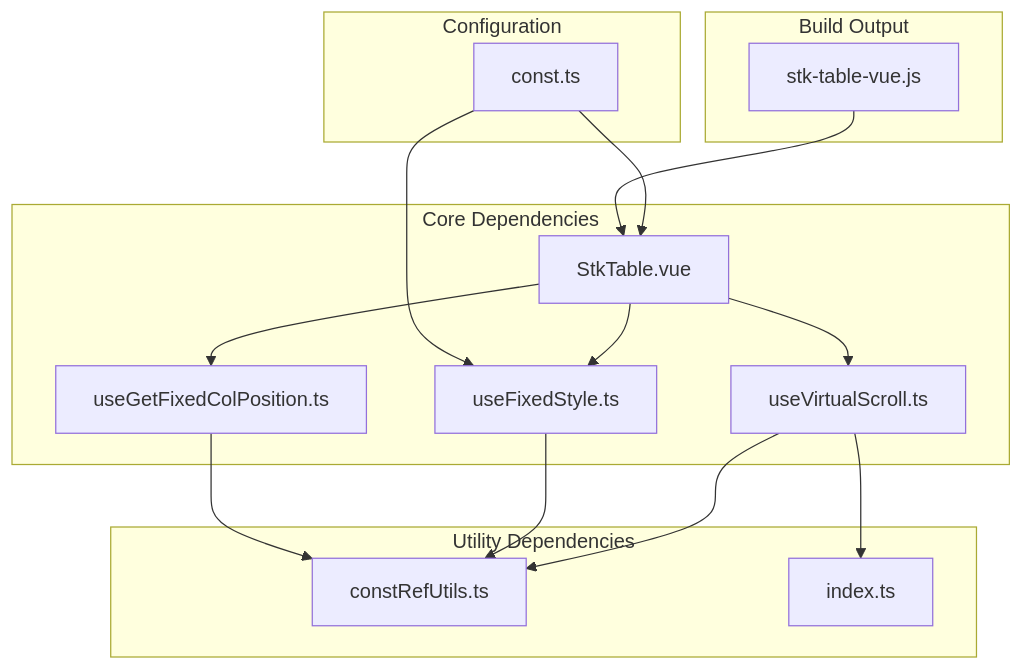
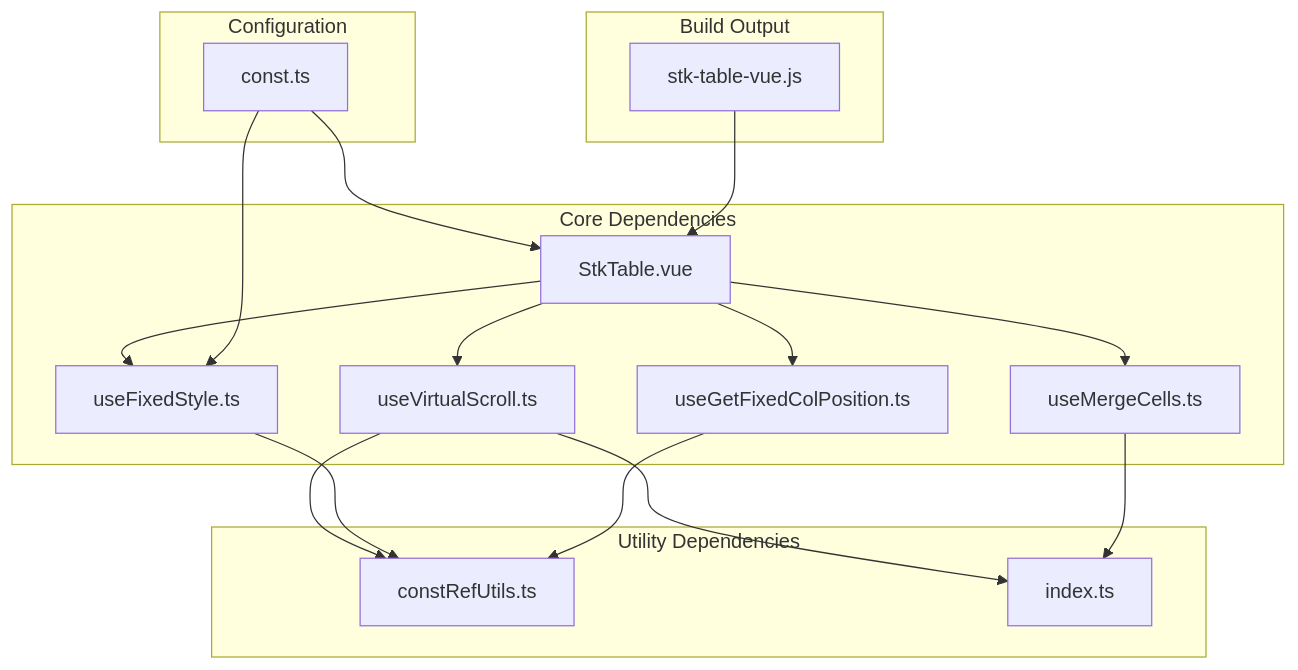
One commit to ja-plus/stk-table-vue changed the ninth of 9 diagrams in .qoder/repowiki/en/content/Performance Optimization/Computed Style Caching.md. Above: the diagram before and after it, drawn with Mermaid. The commit also changed other lines of this file and 3 other files, not shown here.

````diff
--- a/.qoder/repowiki/en/content/Performance Optimization/Computed Style Caching.md
+++ b/.qoder/repowiki/en/content/Performance Optimization/Computed Style Caching.md
@@ -261,21 +358,23 @@
 ```mermaid
 graph TB
 subgraph "Core Dependencies"
 STK[StkTable.vue] --> VS[useVirtualScroll.ts]
 STK --> FS[useFixedStyle.ts]
 STK --> FCP[useGetFixedColPosition.ts]
+STK --> MC[useMergeCells.ts]
 end
 subgraph "Utility Dependencies"
 VS --> CRU[constRefUtils.ts]
 FS --> CRU
 FCP --> CRU
 VS --> UTIL[index.ts]
+MC --> UTIL
 end
 subgraph "Configuration"
 CONST[const.ts] --> STK
 CONST --> FS
 end
 subgraph "Build Output"
 LIB[stk-table-vue.js] --> STK
 end
 ```
````
